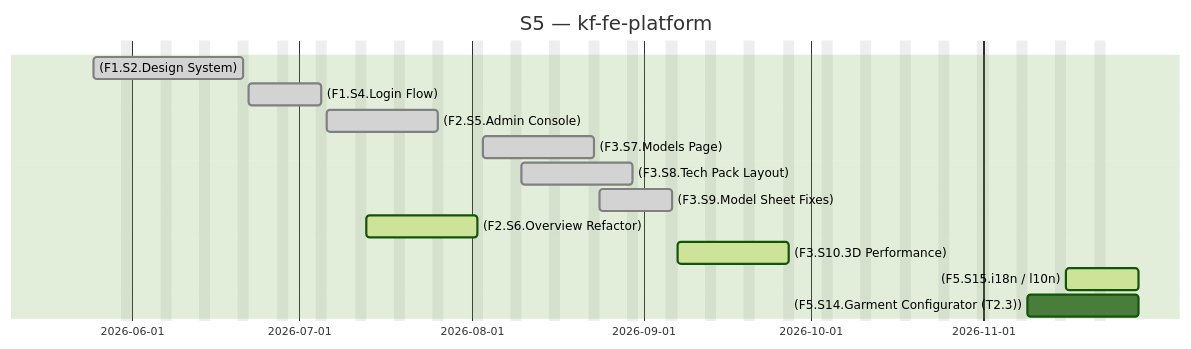
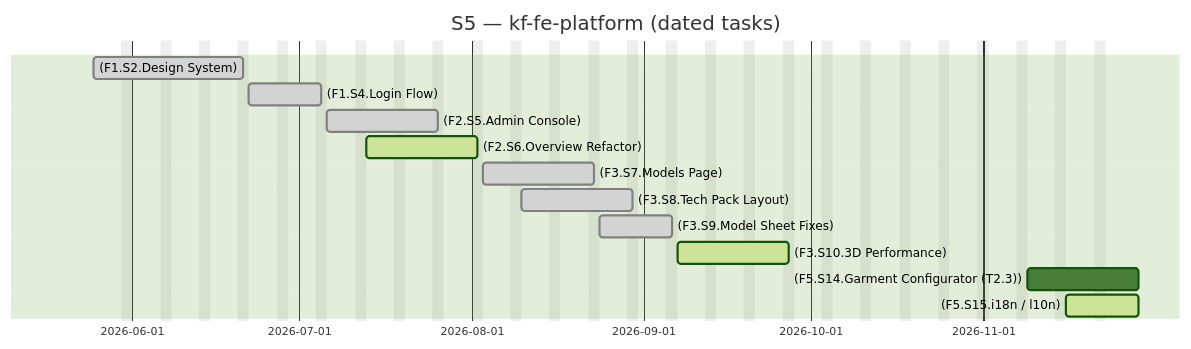
One commit to Katty-Fashion/kf-cpto changed the second of 2 diagrams in docs/_projects/kf-fe-platform.md. Above: the diagram before and after it, drawn with Mermaid (forest theme). The commit also changed other lines of this file and 12 other files, not shown here.

````diff
--- a/docs/_projects/kf-fe-platform.md
+++ b/docs/_projects/kf-fe-platform.md
@@ -88,17 +88,17 @@
 ```mermaid
 gantt
-    title S5 — kf-fe-platform
+    title S5 — kf-fe-platform (dated tasks)
     dateFormat YYYY-MM-DD
     excludes weekends
 
     (F1.S2.Design System) :done, 2026-05-25, 2026-06-21
     (F1.S4.Login Flow) :done, 2026-06-22, 2026-07-05
     (F2.S5.Admin Console) :done, 2026-07-06, 2026-07-26
+    (F2.S6.Overview Refactor) :active, 2026-07-13, 2026-08-02
     (F3.S7.Models Page) :done, 2026-08-03, 2026-08-23
     (F3.S8.Tech Pack Layout) :done, 2026-08-10, 2026-08-30
     (F3.S9.Model Sheet Fixes) :done, 2026-08-24, 2026-09-06
-    (F2.S6.Overview Refactor) :active, 2026-07-13, 2026-08-02
     (F3.S10.3D Performance) :active, 2026-09-07, 2026-09-27
+    (F5.S14.Garment Configurator (T2.3)) :2026-11-09, 2026-11-29
     (F5.S15.i18n / l10n) :active, 2026-11-16, 2026-11-29
-    (F5.S14.Garment Configurator (T2.3)) :2026-11-09, 2026-11-29
 ```
````
